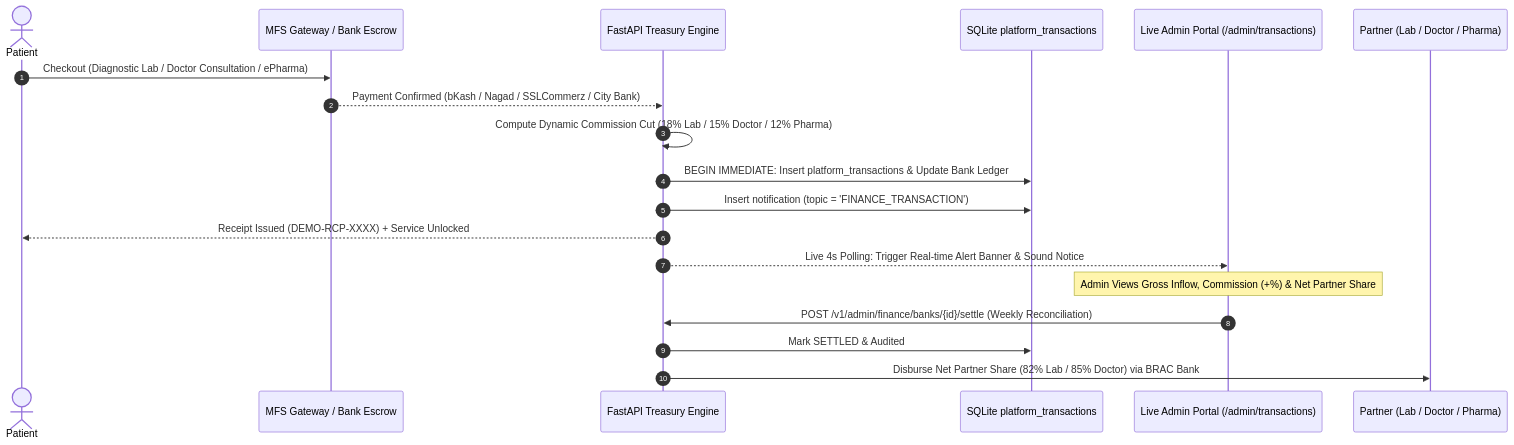
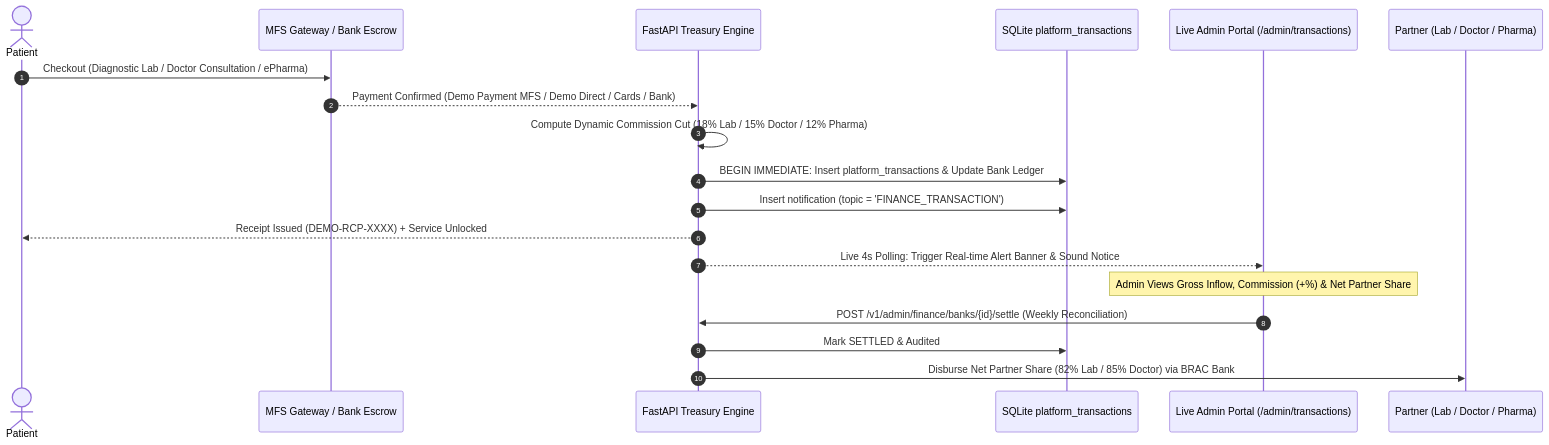
Before and after one commit to ashik123-a1/ShasthoSetu-AI: the fourth of 4 diagrams in docs/ARCHITECTURE.md, drawn with Mermaid. The commit also changed 18 other files, not shown here.

Commit message:
feat(billing,auth): rename bKash/Nagad to Demo Payment and restore demo login support

````diff
--- a/docs/ARCHITECTURE.md
+++ b/docs/ARCHITECTURE.md
@@ -125,22 +125,22 @@
 ```mermaid
 sequenceDiagram
     autonumber
     actor P as Patient
     participant GW as MFS Gateway / Bank Escrow
     participant API as FastAPI Treasury Engine
     participant DB as SQLite platform_transactions
     participant ADM as Live Admin Portal (/admin/transactions)
     participant PRT as Partner (Lab / Doctor / Pharma)
 
     P->>GW: Checkout (Diagnostic Lab / Doctor Consultation / ePharma)
-    GW-->>API: Payment Confirmed (bKash / Nagad / SSLCommerz / City Bank)
+    GW-->>API: Payment Confirmed (Demo Payment MFS / Demo Direct / Cards / Bank)
     API->>API: Compute Dynamic Commission Cut (18% Lab / 15% Doctor / 12% Pharma)
     API->>DB: BEGIN IMMEDIATE: Insert platform_transactions & Update Bank Ledger
     API->>DB: Insert notification (topic = 'FINANCE_TRANSACTION')
     API-->>P: Receipt Issued (DEMO-RCP-XXXX) + Service Unlocked
     API-->>ADM: Live 4s Polling: Trigger Real-time Alert Banner & Sound Notice
     Note over ADM: Admin Views Gross Inflow, Commission (+%) & Net Partner Share
     ADM->>API: POST /v1/admin/finance/banks/{id}/settle (Weekly Reconciliation)
     API->>DB: Mark SETTLED & Audited
     API->>PRT: Disburse Net Partner Share (82% Lab / 85% Doctor) via BRAC Bank
 ```
````
